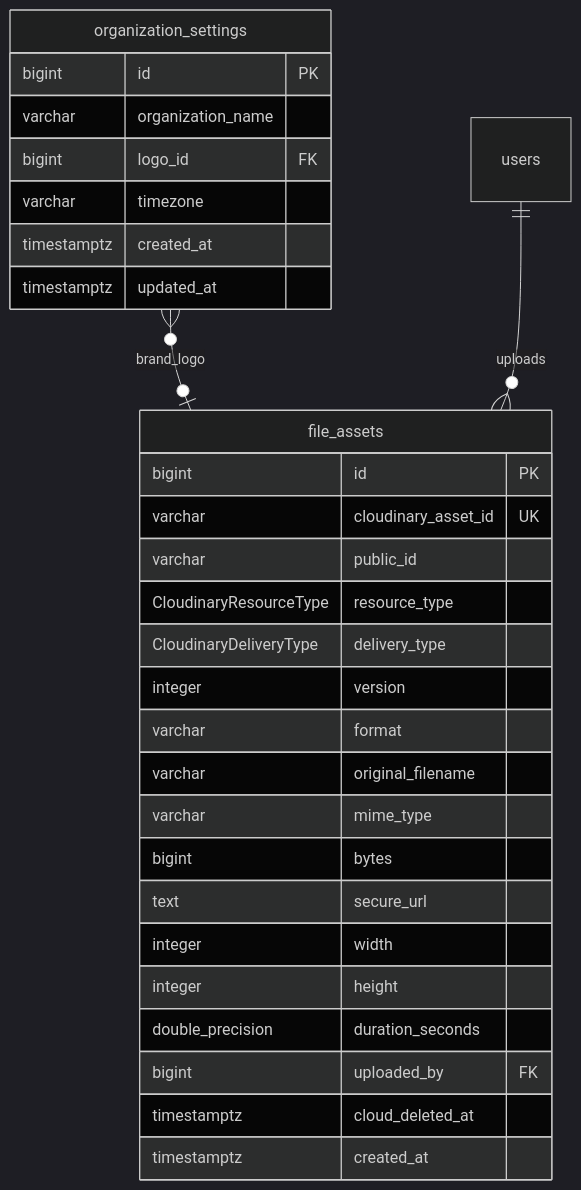
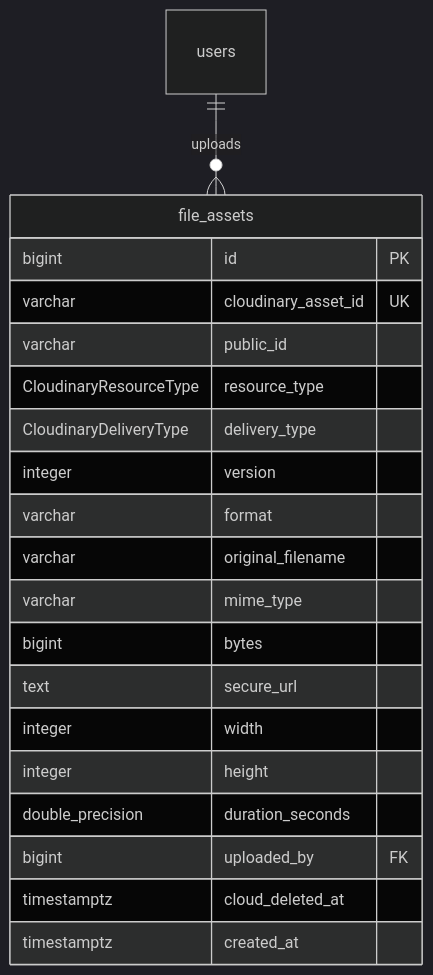
The third of 8 diagrams in docs/database/database-erd.md (VishnuThangaraj/Orvexa), drawn with Mermaid (dark theme) before and after one commit. The commit also changed other lines of this file and 1 other file, not shown here.

Commit message:
^ schema | + username

````diff
--- a/docs/database/database-erd.md
+++ b/docs/database/database-erd.md
@@ -174,34 +173,24 @@
 ```mermaid
 erDiagram
-    organization_settings }o--o| file_assets : "brand_logo"
     users ||--o{ file_assets : "uploads"
-
-    organization_settings {
-        bigint id PK
-        varchar organization_name
-        bigint logo_id FK
-        varchar timezone
-        timestamptz created_at
-        timestamptz updated_at
-    }
 
     file_assets {
         bigint id PK
         varchar cloudinary_asset_id UK
         varchar public_id
         CloudinaryResourceType resource_type
         CloudinaryDeliveryType delivery_type
         integer version
         varchar format
         varchar original_filename
         varchar mime_type
         bigint bytes
         text secure_url
         integer width
         integer height
         double_precision duration_seconds
         bigint uploaded_by FK
         timestamptz cloud_deleted_at
         timestamptz created_at
     }
 ```
````
